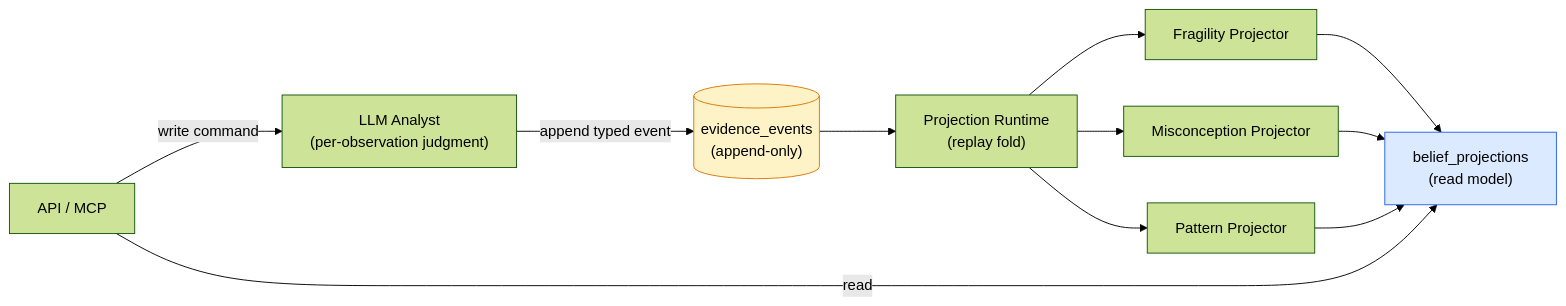
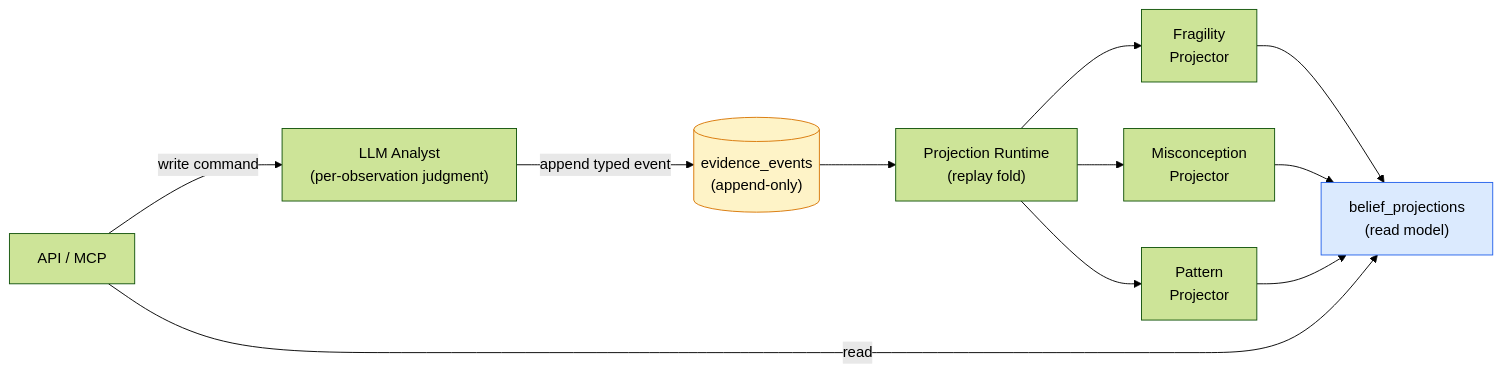
Before and after one commit to stemolly/wiki: the first of 5 diagrams in src/content/docs/engine/engine-impl.md, drawn with Mermaid (forest theme). The commit also changed other lines of this file and 23 other files, not shown here.

````diff
--- a/src/content/docs/engine/engine-impl.md
+++ b/src/content/docs/engine/engine-impl.md
@@ -16,14 +14,14 @@
 ```mermaid
 flowchart LR
-    A["LLM Analyst<br/>(per-observation judgment)"] -->|"append typed event"| B[("evidence_events<br/>(append-only)")]
-    B --> C["Projection Runtime<br/>(replay fold)"]
-    C --> D["Fragility Projector"]
-    C --> E["Misconception Projector"]
-    C --> F["Pattern Projector"]
-    D & E & F --> G["belief_projections<br/>(read model)"]
-    H["API / MCP"] -->|"read"| G
-    H -->|"write command"| A
+    LLM["LLM Analyst<br/>(per-observation judgment)"] -->|"append typed event"| LOG[("evidence_events<br/>(append-only)")]
+    LOG --> RT["Projection Runtime<br/>(replay fold)"]
+    RT --> FP["Fragility<br/>Projector"]
+    RT --> MP["Misconception<br/>Projector"]
+    RT --> PP["Pattern<br/>Projector"]
+    FP & MP & PP --> BP["belief_projections<br/>(read model)"]
+    MCP["API / MCP"] -->|"read"| BP
+    MCP -->|"write command"| LLM
 
-    style B fill:#fef3c7,stroke:#d97706
-    style G fill:#dbeafe,stroke:#2563eb
+    style LOG fill:#fef3c7,stroke:#d97706
+    style BP fill:#dbeafe,stroke:#2563eb
 ```
````
